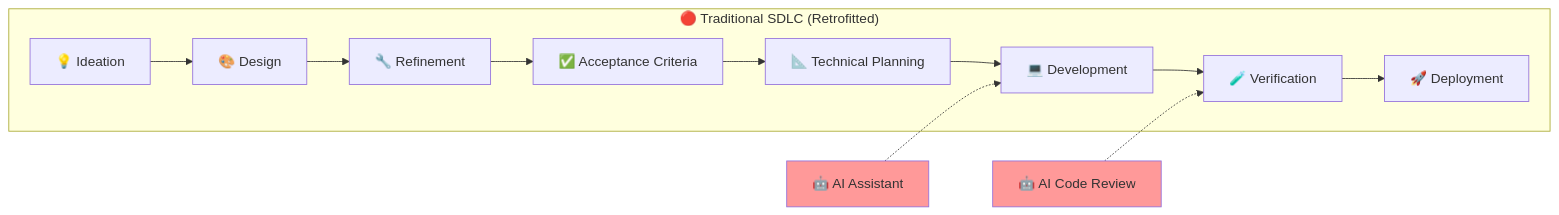
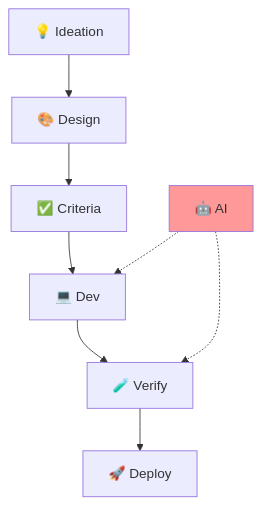
Before and after one commit to TheBushidoCollective/han: the first of 5 diagrams in website/content/papers/ai-dlc-2026/runbooks/adoption/reimagining-sdlc.md, drawn with Mermaid. The commit also changed other lines of this file and 21 other files, not shown here.

First line of the commit message:
fix(website): convert all AI-DLC runbook Mermaid diagrams to TB layout

````diff
--- a/website/content/papers/ai-dlc-2026/runbooks/adoption/reimagining-sdlc.md
+++ b/website/content/papers/ai-dlc-2026/runbooks/adoption/reimagining-sdlc.md
@@ -9,18 +9,13 @@
 ```mermaid
-flowchart LR
-    subgraph Traditional["🔴 Traditional SDLC (Retrofitted)"]
-        A[💡 Ideation] --> B[🎨 Design]
-        B --> C[🔧 Refinement]
-        C --> D[✅ Acceptance Criteria]
-        D --> E[📐 Technical Planning]
-        E --> F[💻 Development]
-        F --> G[🧪 Verification]
-        G --> H[🚀 Deployment]
-    end
+flowchart TB
+    A[💡 Ideation] --> B[🎨 Design]
+    B --> C[✅ Criteria]
+    C --> D[💻 Dev]
+    D --> E[🧪 Verify]
+    E --> F[🚀 Deploy]
 
-    AI1[🤖 AI Assistant] -.-> F
-    AI2[🤖 AI Code Review] -.-> G
+    AI[🤖 AI] -.-> D
+    AI -.-> E
 
-    style AI1 fill:#ff9999
-    style AI2 fill:#ff9999
+    style AI fill:#ff9999
 ```
````
